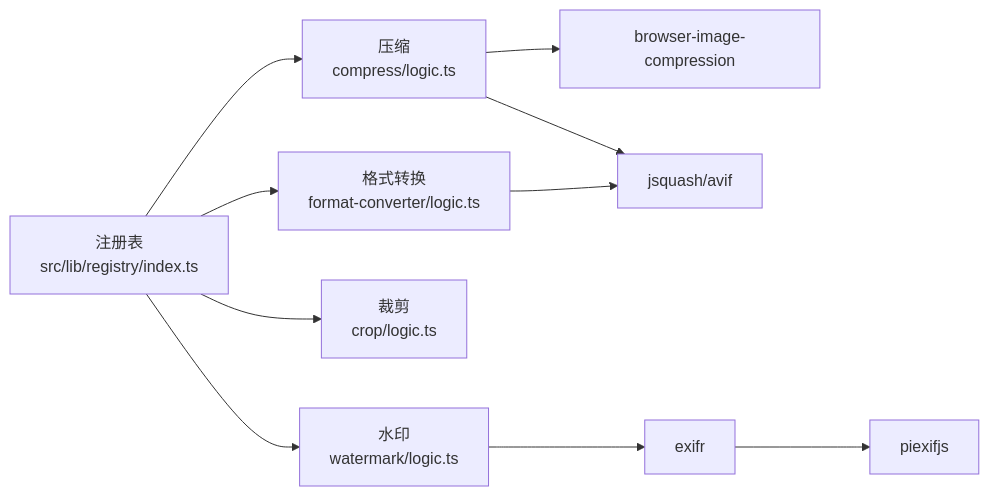
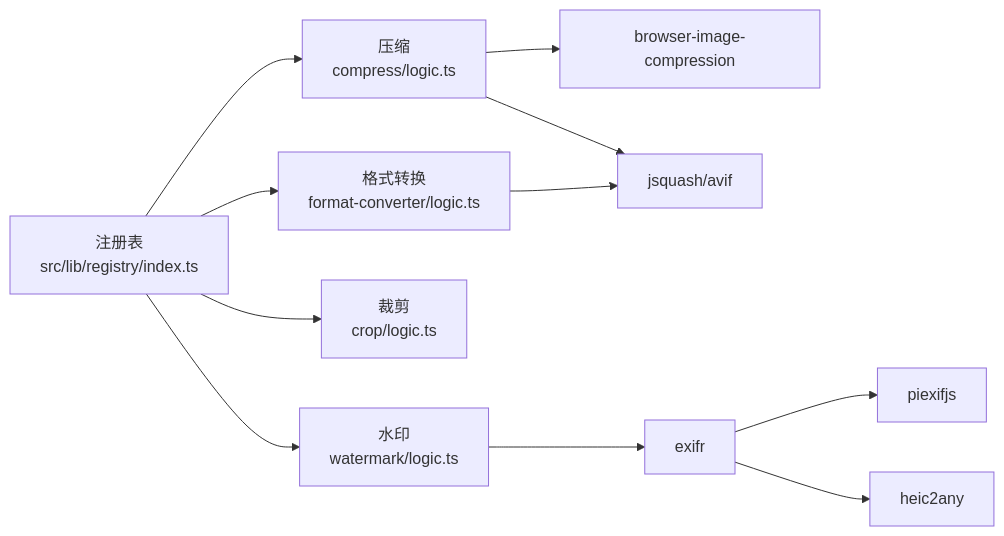
The eighth of 8 diagrams in .qoder/repowiki/zh/content/图像工具/图像工具.md (sgyy/privadeck), drawn with Mermaid before and after one commit. The commit also changed other lines of this file and 5 other files, not shown here.

First line of the commit message:
feat(heic): 重构HEIC转换工具，支持EXIF解析和图像编辑

````diff
--- a/.qoder/repowiki/zh/content/图像工具/图像工具.md
+++ b/.qoder/repowiki/zh/content/图像工具/图像工具.md
@@ -481,21 +576,23 @@
 ```mermaid
 graph LR
 REG["注册表<br/>src/lib/registry/index.ts"]
 COMP["压缩<br/>compress/logic.ts"]
 FMT["格式转换<br/>format-converter/logic.ts"]
 CROP["裁剪<br/>crop/logic.ts"]
 WM["水印<br/>watermark/logic.ts"]
 BIC["browser-image-compression"]
 JSQ["jsquash/avif"]
 EXIFR["exifr"]
 PIEXIF["piexifjs"]
+HEIC2ANY["heic2any"]
 REG --> COMP
 REG --> FMT
 REG --> CROP
 REG --> WM
 COMP --> BIC
 FMT --> JSQ
 COMP --> JSQ
 WM --> EXIFR
 EXIFR --> PIEXIF
+EXIFR --> HEIC2ANY
 ```
````
